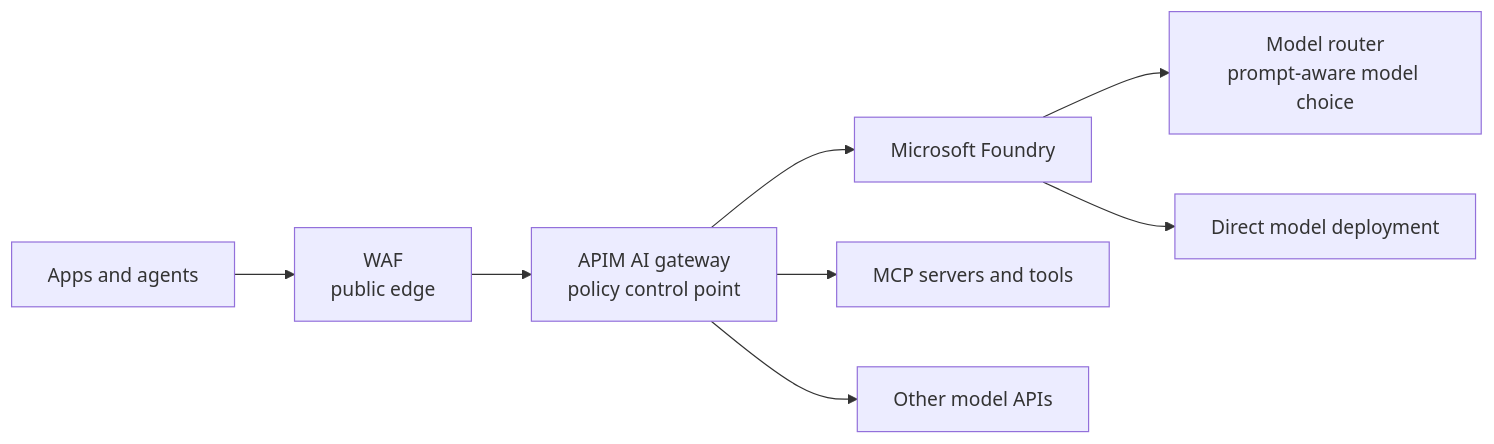
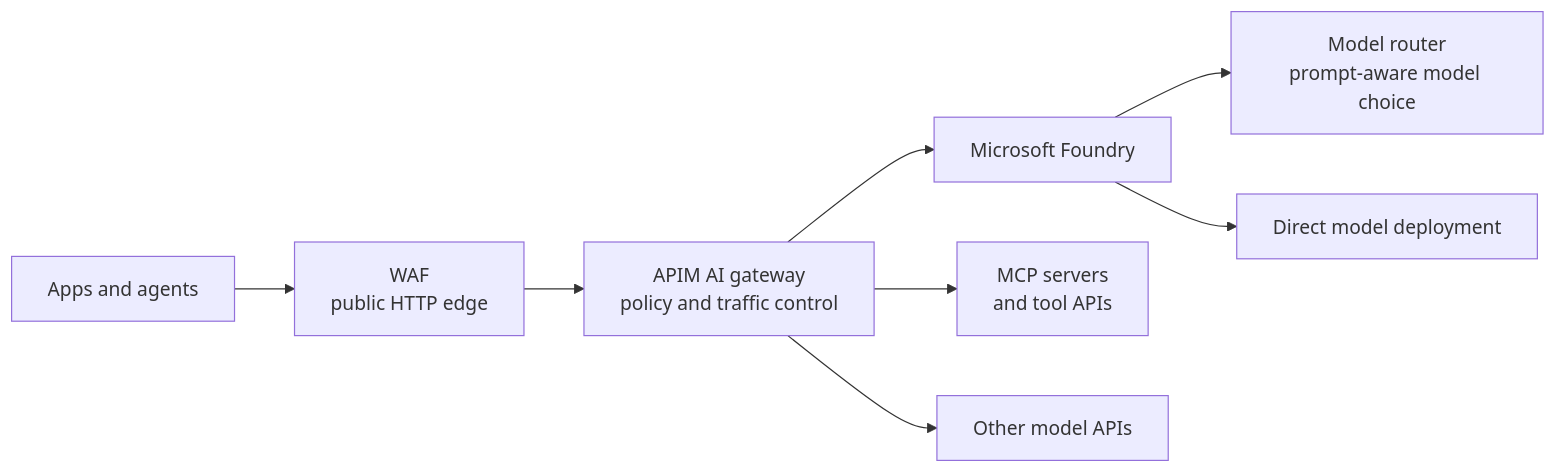
The first of 2 diagrams in README.md (adstuart/azure-ai-gateway-field-guide), drawn with Mermaid before and after one commit. The commit also changed other lines of this file and 1 other file, not shown here.

Commit message:
Rework README into narrative flow

````diff
--- a/README.md
+++ b/README.md
@@ -11,10 +11,10 @@
 ```mermaid
 flowchart LR
-  App[Apps and agents] --> WAF[WAF<br/>public edge]
-  WAF --> APIM[APIM AI gateway<br/>policy control point]
-  APIM --> Foundry[Microsoft Foundry]
+  App[Apps and agents] --> Edge[WAF<br/>public HTTP edge]
+  Edge --> Gateway[APIM AI gateway<br/>policy and traffic control]
+  Gateway --> Foundry[Microsoft Foundry]
   Foundry --> Router[Model router<br/>prompt-aware model choice]
   Foundry --> Direct[Direct model deployment]
-  APIM --> MCP[MCP servers and tools]
-  APIM --> Other[Other model APIs]
+  Gateway --> Tools[MCP servers<br/>and tool APIs]
+  Gateway --> Other[Other model APIs]
 ```
````
